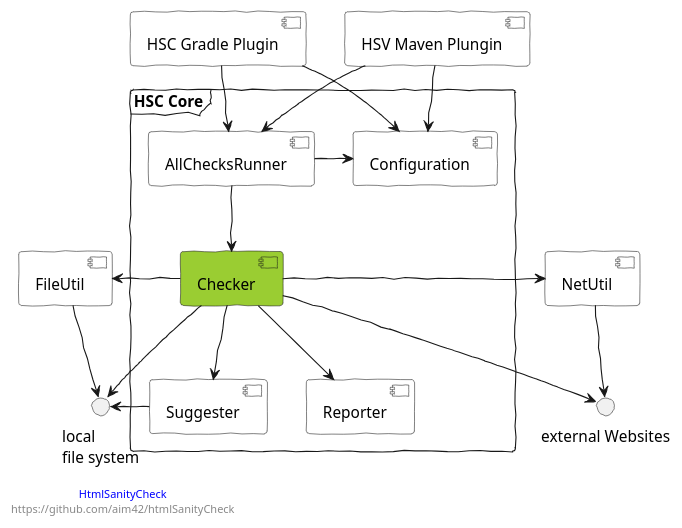
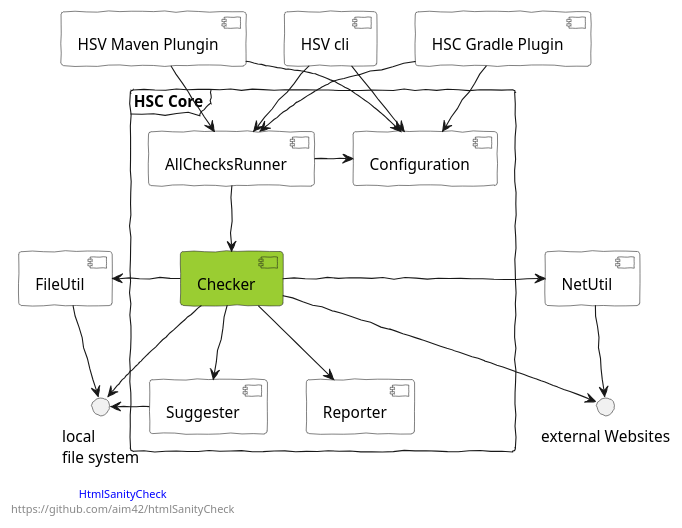
Before and after one commit to aim42/htmlSanityCheck: the diagram in src/docs/plantuml/whitebox-hsc-core-level-2.puml, drawn with PlantUML. The commit also changed 12 other files, not shown here.

```diff
--- a/src/docs/plantuml/whitebox-hsc-core-level-2.puml
+++ b/src/docs/plantuml/whitebox-hsc-core-level-2.puml
@@ -1,59 +1,62 @@
 @startuml
 skinparam componentStyle uml2
 skinparam component {
    backgroundColor<<planned>> Khaki
    backgroundColor White
 }
 
 skinparam handwritten true
 
 left footer
 
 <font color=blue>HtmlSanityCheck</font>
 https://github.com/aim42/htmlSanityCheck
 endfooter
 
 
 interface "local\nfile system" as files
 [FileUtil]  as futil
 [NetUtil]   as netutil
 
 interface "external Websites" as web
 
 frame "HSC Core" as core {
 
    [Configuration]   as config
    [Reporter]        as reporter
    [Suggester]       as suggester
    [Checker]         as checker #YellowGreen
    [AllChecksRunner] as acr
 
 acr -down-> checker
 acr -right-> config
 
 checker -->reporter
 checker --> suggester
 checker -left-> futil
 checker -> netutil
 checker -down-> files
 checker -down-> web
 
 suggester -left-> files
 
 futil -down-> files
 netutil -down-> web
 
 }
 
 [HSC Gradle Plugin] as gradleplugin
 gradleplugin -down-> config
 gradleplugin -down-> acr
 
 [HSV Maven Plungin] as mavenplugin
 mavenplugin -down-> config
 mavenplugin -down-> acr
 
+[HSV cli] as cli
+cli -down-> config
+cli -down-> acr
 
 
 
 @enduml
```
